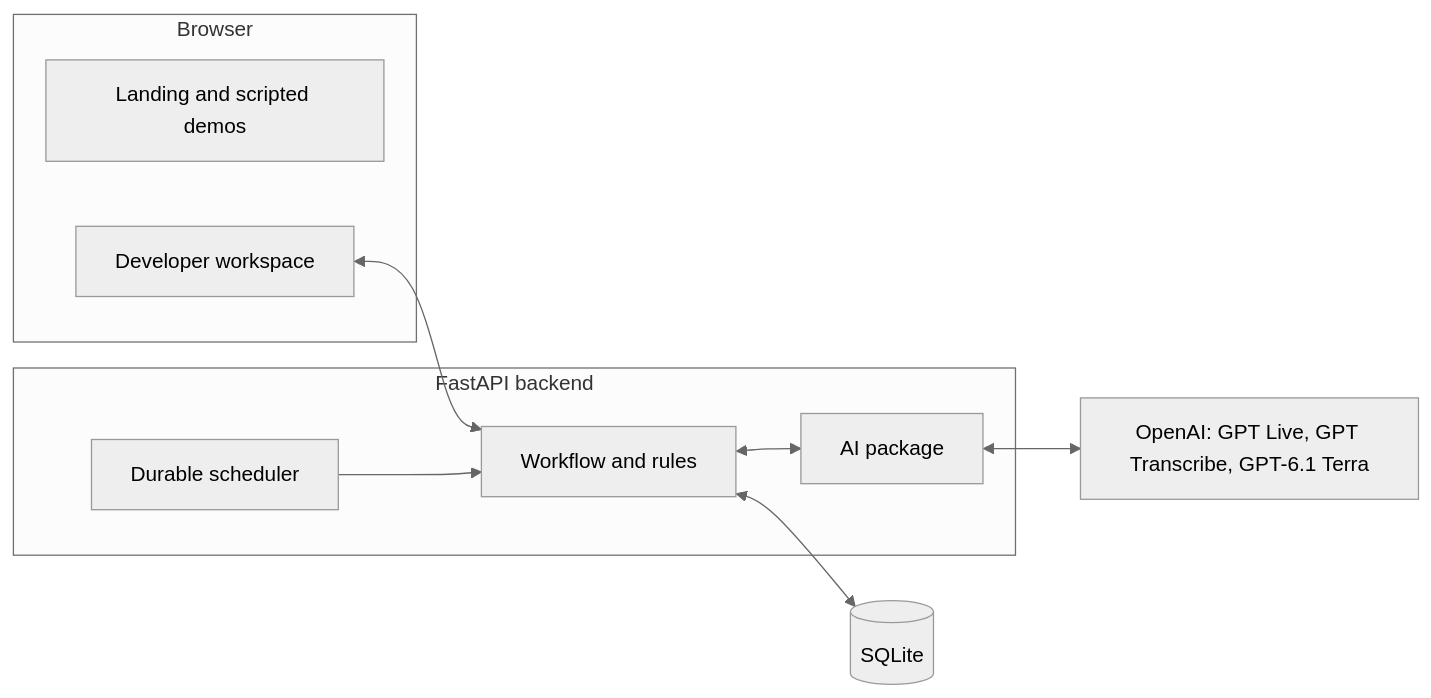
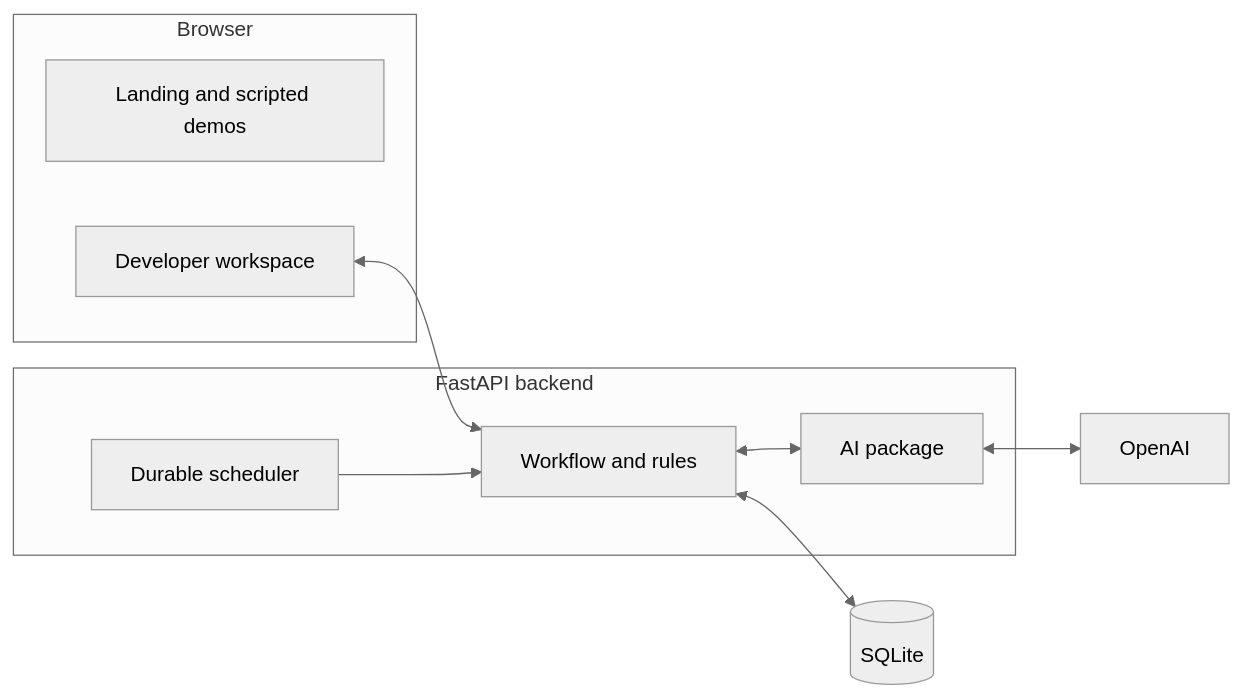
Before and after one commit to BennedictQuanTon/Alodi-Regional-Codex-Hackathon-2026: the third of 3 diagrams in README.md, drawn with Mermaid (neutral theme). The commit also changed other lines of this file and 1 other file, not shown here.

````diff
--- a/README.md
+++ b/README.md
@@ -70,19 +159,19 @@
 ```mermaid
 flowchart LR
     subgraph Browser
       L[Landing and scripted demos]
       D[Developer workspace]
     end
     subgraph Backend["FastAPI backend"]
       W[Workflow and rules]
       S[Durable scheduler]
       A[AI package]
     end
     DB[(SQLite)]
-    O[OpenAI: GPT Live, GPT Transcribe, GPT-6.1 Terra]
+    O[OpenAI]
     D <--> W
     W <--> DB
     S --> W
     W <--> A
     A <--> O
 ```
````
